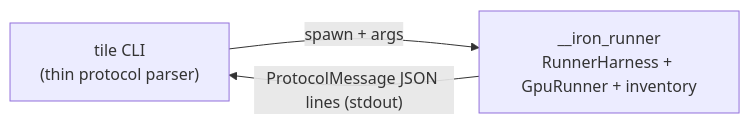
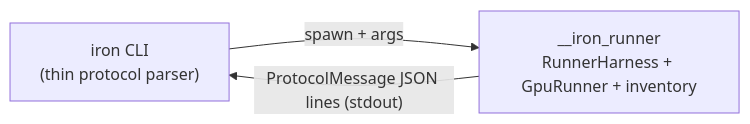
The fourth of 6 diagrams in docs/specs/ARCHITECTURE.md (giveen/iron), drawn with Mermaid before and after one commit. The commit also changed 4 other files, not shown here.

````diff
--- a/docs/specs/ARCHITECTURE.md
+++ b/docs/specs/ARCHITECTURE.md
@@ -151,5 +151,5 @@
 ```mermaid
 flowchart LR
-    cli["tile CLI<br/>(thin protocol parser)"] -- "spawn + args" --> proc["__iron_runner<br/>RunnerHarness + GpuRunner + inventory"]
+    cli["iron CLI<br/>(thin protocol parser)"] -- "spawn + args" --> proc["__iron_runner<br/>RunnerHarness + GpuRunner + inventory"]
     proc -- "ProtocolMessage JSON lines (stdout)" --> cli
 ```
````
